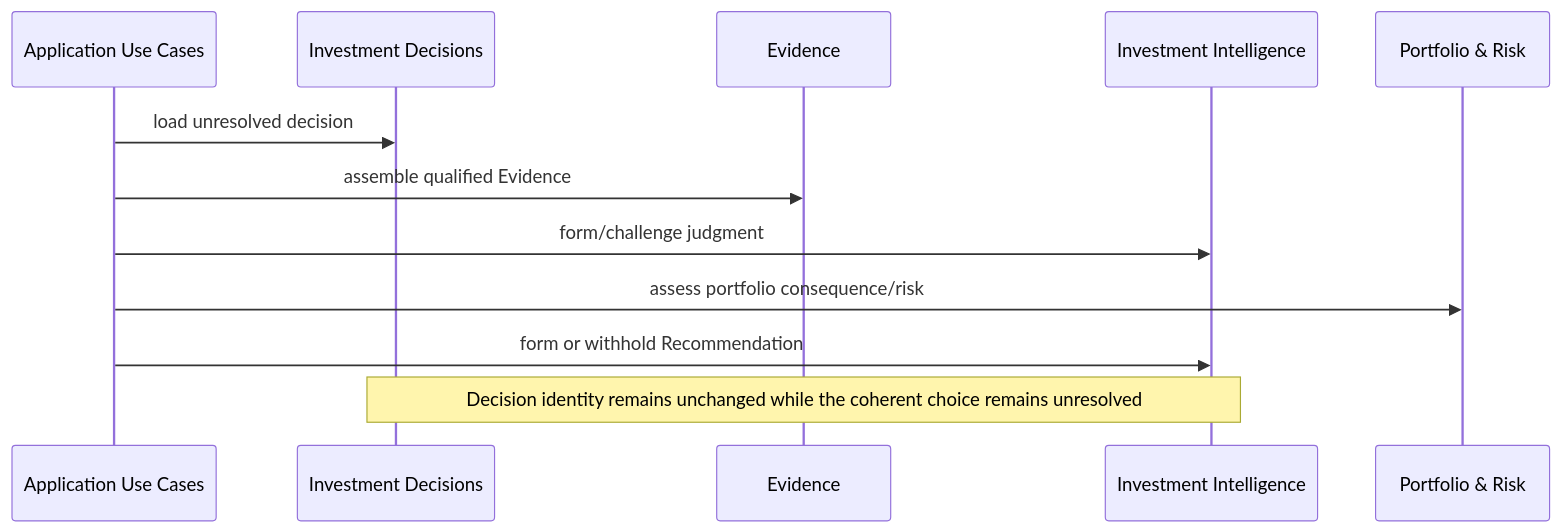
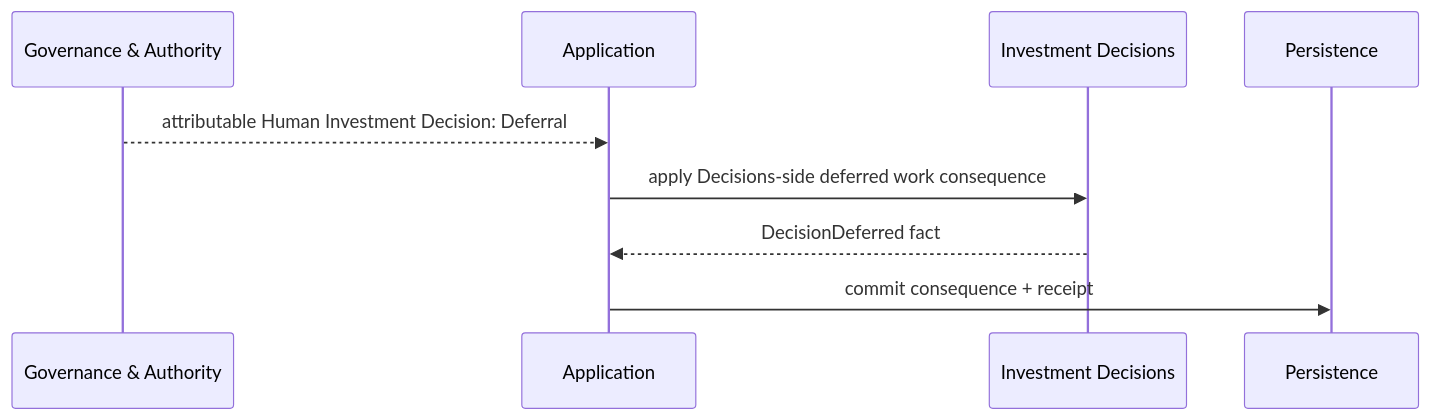
The fifth of 8 diagrams in docs/proposed/platform-domain-interaction-map.md (sponge-b0b/Polaris), drawn with Mermaid before and after one commit. The commit also changed other lines of this file and 13 other files, not shown here.

````diff
--- a/docs/proposed/platform-domain-interaction-map.md
+++ b/docs/proposed/platform-domain-interaction-map.md
@@ -374,15 +384,12 @@
 ```mermaid
 sequenceDiagram
-    participant App as Application Use Cases
+    participant G as Governance & Authority
+    participant App as Application
     participant D as Investment Decisions
-    participant E as Evidence
-    participant I as Investment Intelligence
-    participant R as Portfolio & Risk
+    participant P as Persistence
 
-    App->>D: load unresolved decision
-    App->>E: assemble qualified Evidence
-    App->>I: form/challenge judgment
-    App->>R: assess portfolio consequence/risk
-    App->>I: form or withhold Recommendation
-    Note over D,I: Decision identity remains unchanged while the coherent choice remains unresolved
+    G-->>App: attributable Human Investment Decision: Deferral
+    App->>D: apply Decisions-side deferred work consequence
+    D-->>App: DecisionDeferred fact
+    App->>P: commit consequence + receipt
 ```
````
